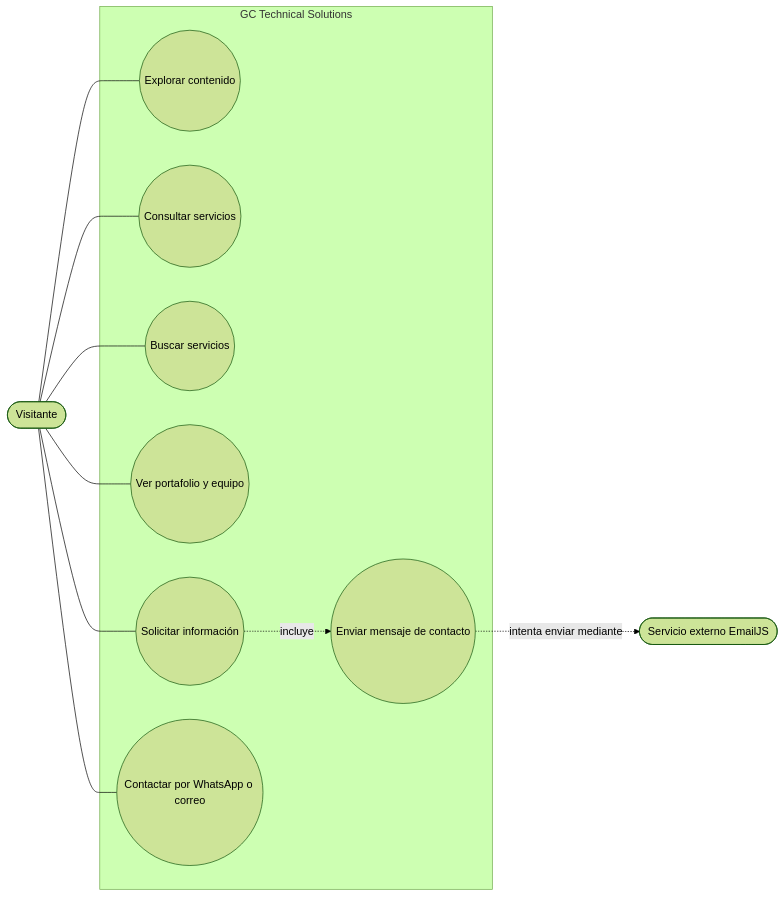
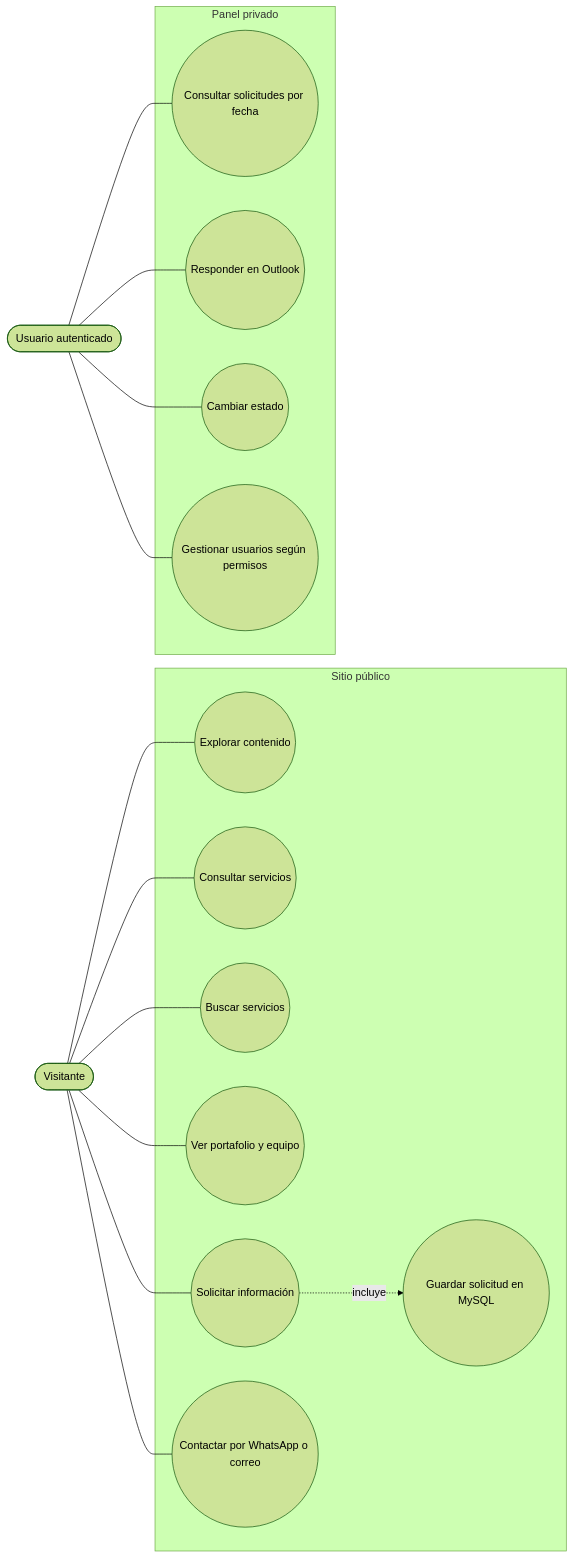
The second of 3 diagrams in diagramas.md (gonzalogalvan190583-eng/GCtechnical_Solutions), drawn with Mermaid (forest theme) before and after one commit. The commit also changed other lines of this file and 27 other files, not shown here.

````diff
--- a/diagramas.md
+++ b/diagramas.md
@@ -33,24 +27,34 @@
 ```mermaid
 flowchart LR
     visitante([Visitante])
-    emailjs([Servicio externo EmailJS])
+    usuario([Usuario autenticado])
 
-    subgraph sitio["GC Technical Solutions"]
+    subgraph sitio["Sitio público"]
         uc1((Explorar contenido))
         uc2((Consultar servicios))
         uc3((Buscar servicios))
         uc4((Ver portafolio y equipo))
         uc5((Solicitar información))
-        uc6((Enviar mensaje de contacto))
+        uc6((Guardar solicitud en MySQL))
         uc7((Contactar por WhatsApp o correo))
+    end
+
+    subgraph gestion["Panel privado"]
+        uc8((Consultar solicitudes por fecha))
+        uc9((Responder en Outlook))
+        uc10((Cambiar estado))
+        uc11((Gestionar usuarios según permisos))
     end
 
     visitante --- uc1
     visitante --- uc2
     visitante --- uc3
     visitante --- uc4
     visitante --- uc5
     visitante --- uc7
     uc5 -. incluye .-> uc6
-    uc6 -. intenta enviar mediante .-> emailjs
+    usuario --- uc8
+    usuario --- uc9
+    usuario --- uc10
+    usuario --- uc11
 ```
````
